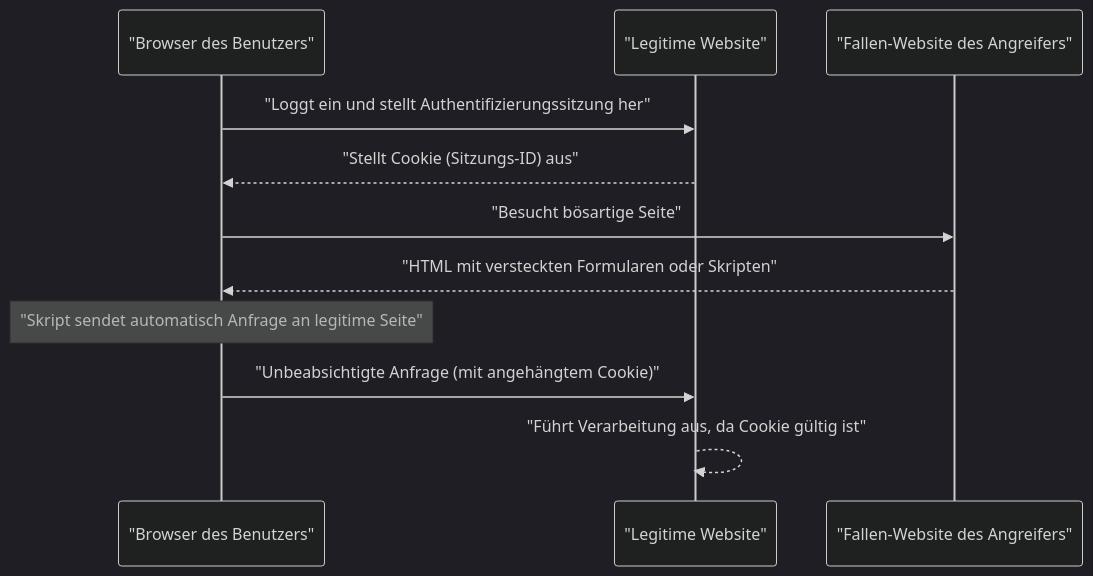
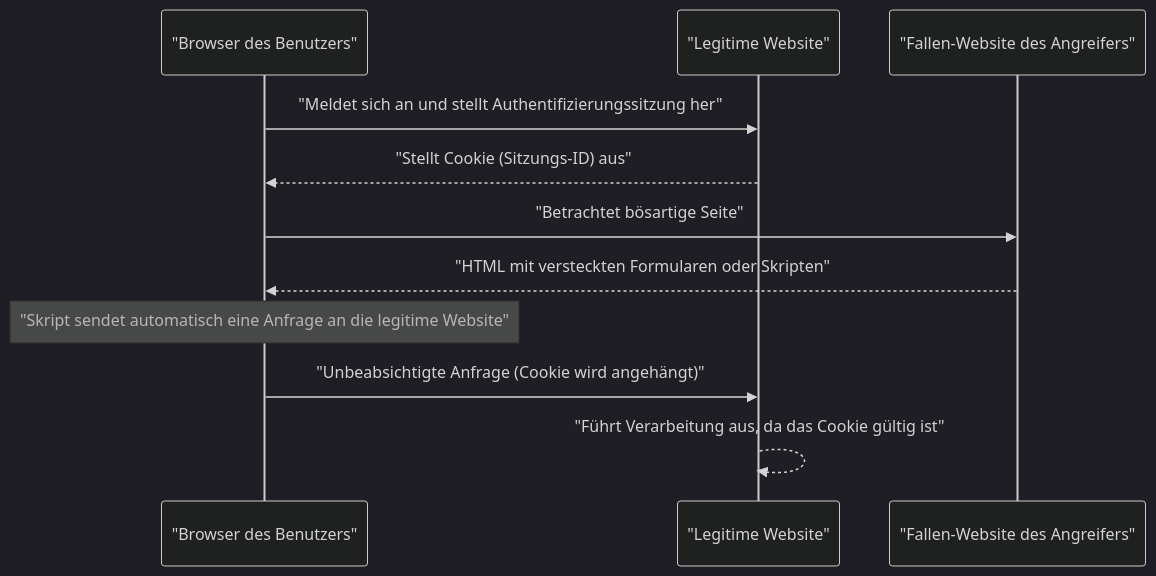
Before and after one commit to kenjinote/blog: the second of 2 diagrams in content/post/web-application-vulnerability-owasp-top-10/index.de.md, drawn with Mermaid (dark theme). The commit also changed other lines of this file and 12 other files, not shown here.

````diff
--- a/content/post/web-application-vulnerability-owasp-top-10/index.de.md
+++ b/content/post/web-application-vulnerability-owasp-top-10/index.de.md
@@ -232,16 +232,16 @@
 ```mermaid
 sequenceDiagram
     participant "Browser des Benutzers"
     participant "Legitime Website"
     participant "Fallen-Website des Angreifers"
 
-    "Browser des Benutzers"->>"Legitime Website": "Loggt ein und stellt Authentifizierungssitzung her"
+    "Browser des Benutzers"->>"Legitime Website": "Meldet sich an und stellt Authentifizierungssitzung her"
     "Legitime Website"-->>"Browser des Benutzers": "Stellt Cookie (Sitzungs-ID) aus"
     
-    "Browser des Benutzers"->>"Fallen-Website des Angreifers": "Besucht bösartige Seite"
+    "Browser des Benutzers"->>"Fallen-Website des Angreifers": "Betrachtet bösartige Seite"
     "Fallen-Website des Angreifers"-->>"Browser des Benutzers": "HTML mit versteckten Formularen oder Skripten"
     
-    Note over "Browser des Benutzers": "Skript sendet automatisch Anfrage an legitime Seite"
-    "Browser des Benutzers"->>"Legitime Website": "Unbeabsichtigte Anfrage (mit angehängtem Cookie)"
-    "Legitime Website"-->>"Legitime Website": "Führt Verarbeitung aus, da Cookie gültig ist"
+    Note over "Browser des Benutzers": "Skript sendet automatisch eine Anfrage an die legitime Website"
+    "Browser des Benutzers"->>"Legitime Website": "Unbeabsichtigte Anfrage (Cookie wird angehängt)"
+    "Legitime Website"-->>"Legitime Website": "Führt Verarbeitung aus, da das Cookie gültig ist"
 ```
````
